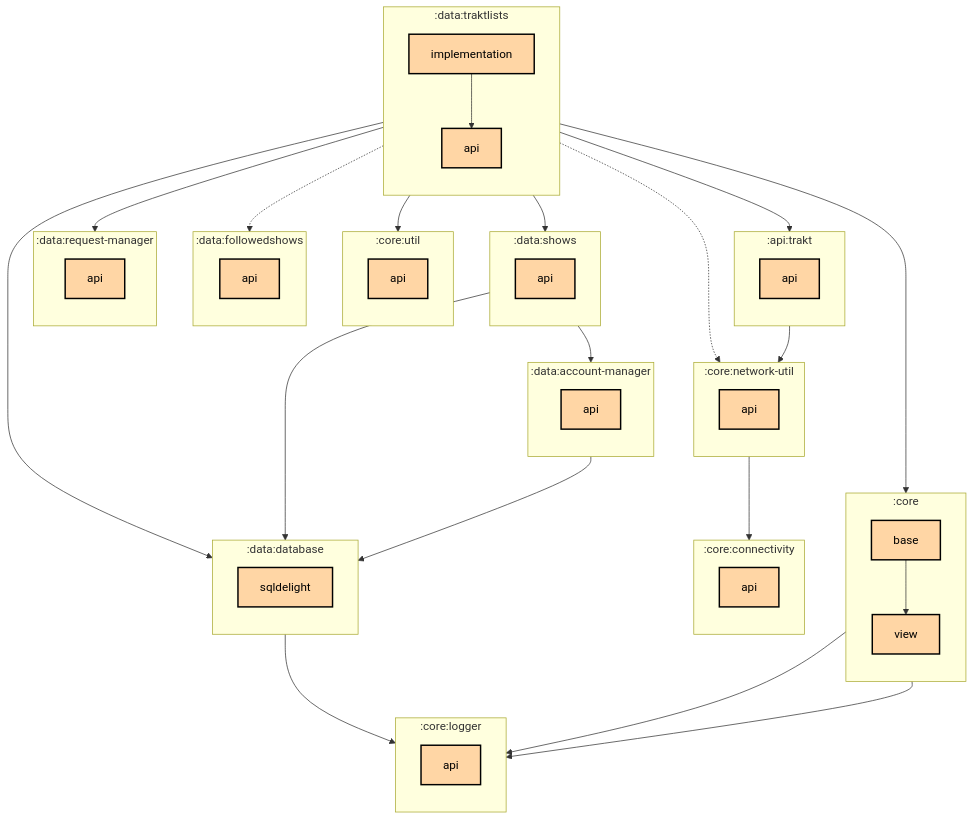
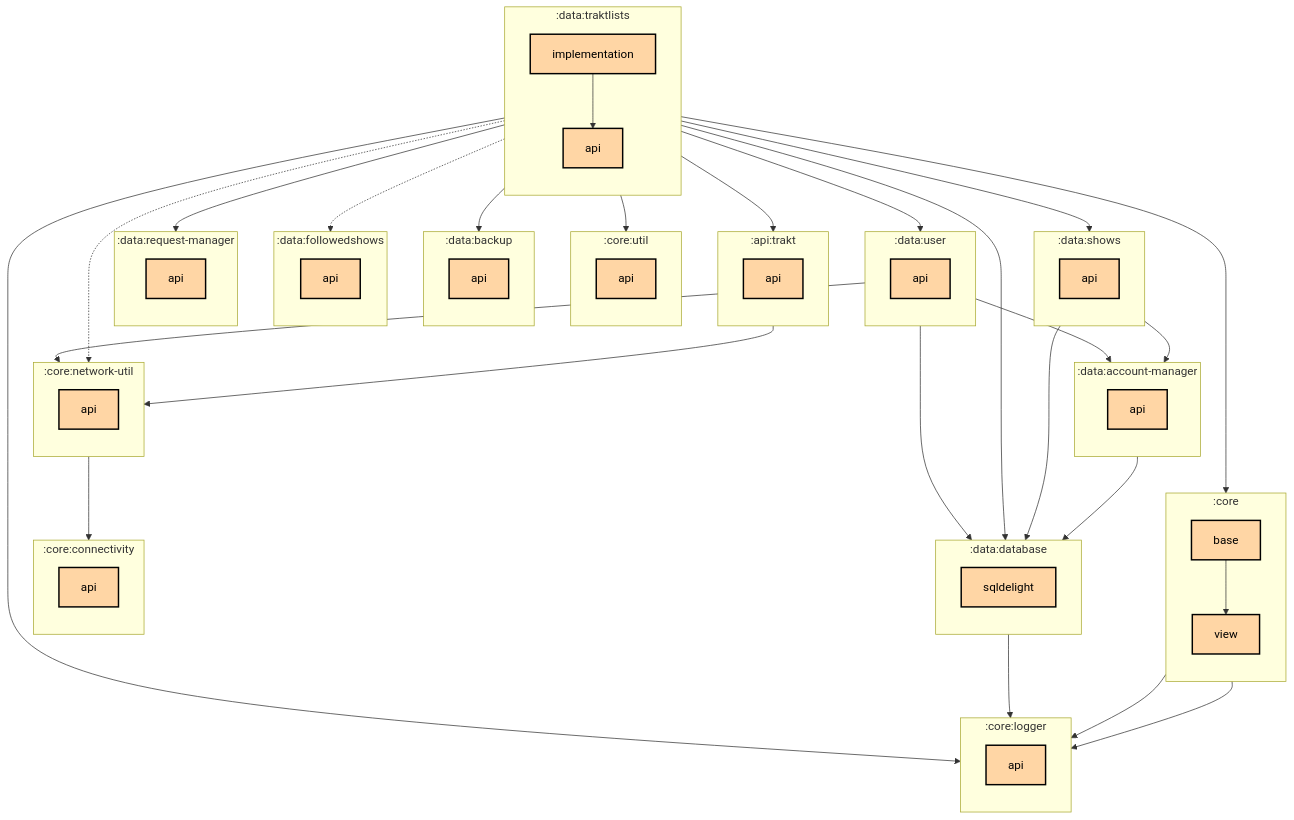
One commit to thomaskioko/tv-maniac changed the first of 2 diagrams in data/traktlists/implementation/README.md. Above: the diagram before and after it, drawn with Mermaid. The commit also changed 75 other files, not shown here.

First line of the commit message:
feat: Restore a backup with or without the signed in account (#1269)

```diff
--- a/data/traktlists/implementation/README.md
+++ b/data/traktlists/implementation/README.md
@@ -34,6 +34,10 @@
     direction TB
     :data:account-manager:api[api]:::multiplatform
   end
+  subgraph :data:backup
+    direction TB
+    :data:backup:api[api]:::multiplatform
+  end
   subgraph :data:database
     direction TB
     :data:database:sqldelight[sqldelight]:::multiplatform
@@ -55,6 +59,10 @@
     :data:traktlists:api[api]:::multiplatform
     :data:traktlists:implementation[implementation]:::multiplatform
   end
+  subgraph :data:user
+    direction TB
+    :data:user:api[api]:::multiplatform
+  end
 
   :api:trakt:api --> :core:network-util:api
   :core:base --> :core:logger:api
@@ -67,13 +75,19 @@
   :data:shows:api --> :data:database:sqldelight
   :data:traktlists:implementation --> :api:trakt:api
   :data:traktlists:implementation --> :core:base
+  :data:traktlists:implementation --> :core:logger:api
   :data:traktlists:implementation -.-> :core:network-util:api
   :data:traktlists:implementation --> :core:util:api
+  :data:traktlists:implementation --> :data:backup:api
   :data:traktlists:implementation --> :data:database:sqldelight
   :data:traktlists:implementation -.-> :data:followedshows:api
   :data:traktlists:implementation --> :data:request-manager:api
   :data:traktlists:implementation --> :data:shows:api
   :data:traktlists:implementation --> :data:traktlists:api
+  :data:traktlists:implementation --> :data:user:api
+  :data:user:api --> :core:network-util:api
+  :data:user:api --> :data:account-manager:api
+  :data:user:api --> :data:database:sqldelight
 
 classDef application fill:#CAFFBF,stroke:#000,stroke-width:2px,color:#000;
 classDef multiplatform fill:#FFD6A5,stroke:#000,stroke-width:2px,color:#000;
```
